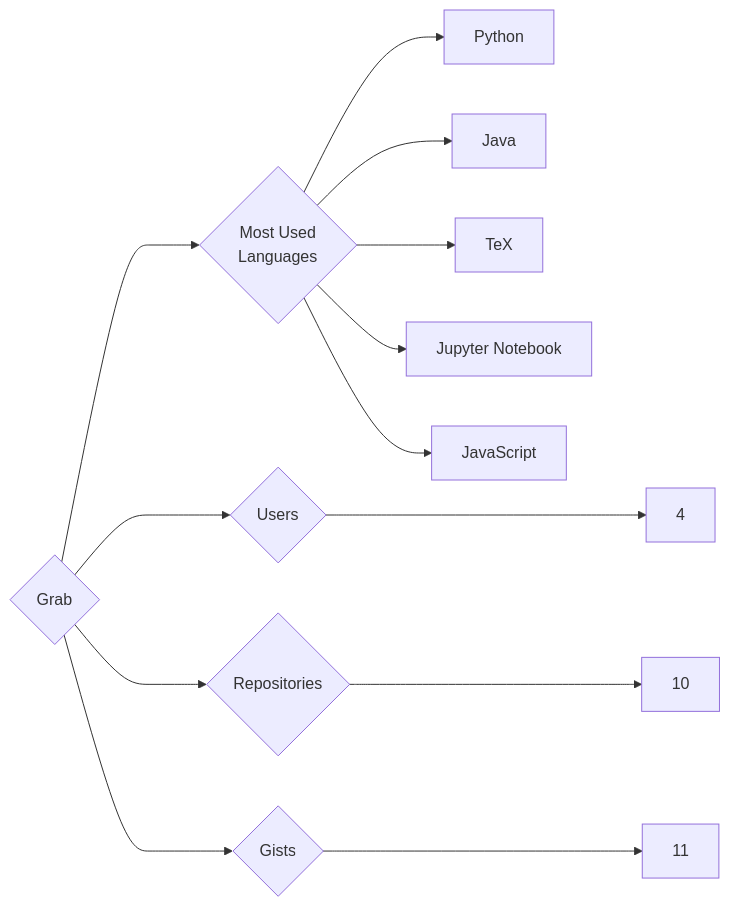
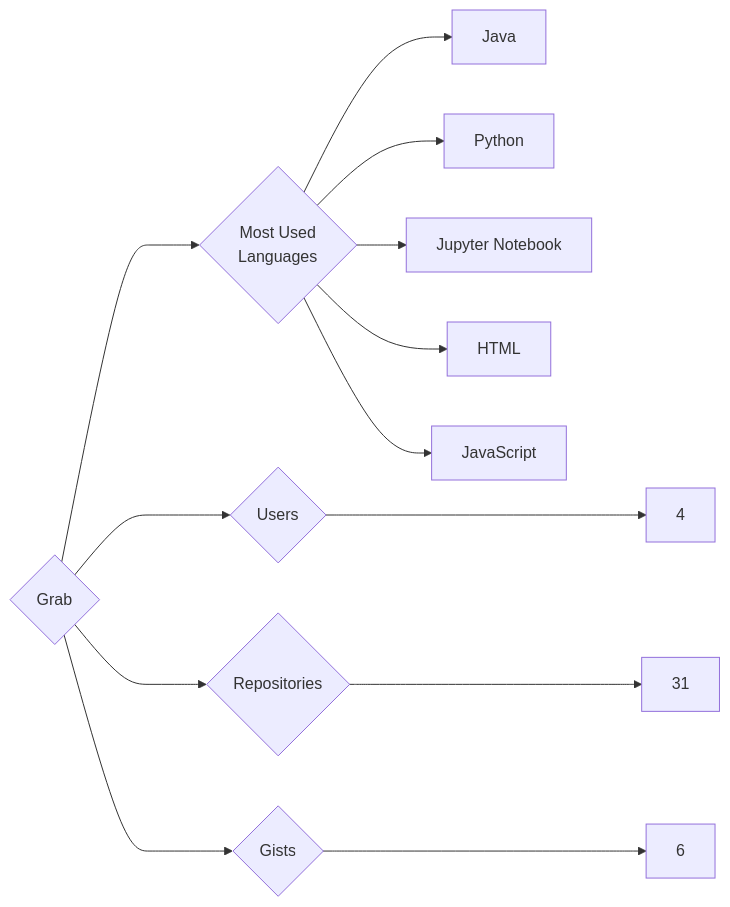
One commit to trickest/insiders changed the diagram in targets/Grab/README.md. Above: the diagram before and after it, drawn with Mermaid. The commit also changed 865 other files, not shown here.

````diff
--- a/targets/Grab/README.md
+++ b/targets/Grab/README.md
@@ -3,13 +3,13 @@
 ```mermaid
 graph LR
 COMPANY_NAME{Grab}
 COMPANY_NAME ---> U{Users} ---> UN[4]
-COMPANY_NAME ---> R{Repositories} ---> RN[10]
-COMPANY_NAME ---> G{Gists} ---> GN[11]
+COMPANY_NAME ---> R{Repositories} ---> RN[31]
+COMPANY_NAME ---> G{Gists} ---> GN[6]
 COMPANY_NAME ---> ML{Most Used<br>Languages}
+ML --> Java[Java]
 ML --> Python[Python]
-ML --> Java[Java]
-ML --> TeX[TeX]
 ML --> Jupyter_Notebook[Jupyter Notebook]
+ML --> HTML[HTML]
 ML --> JavaScript[JavaScript]
 ```
````
